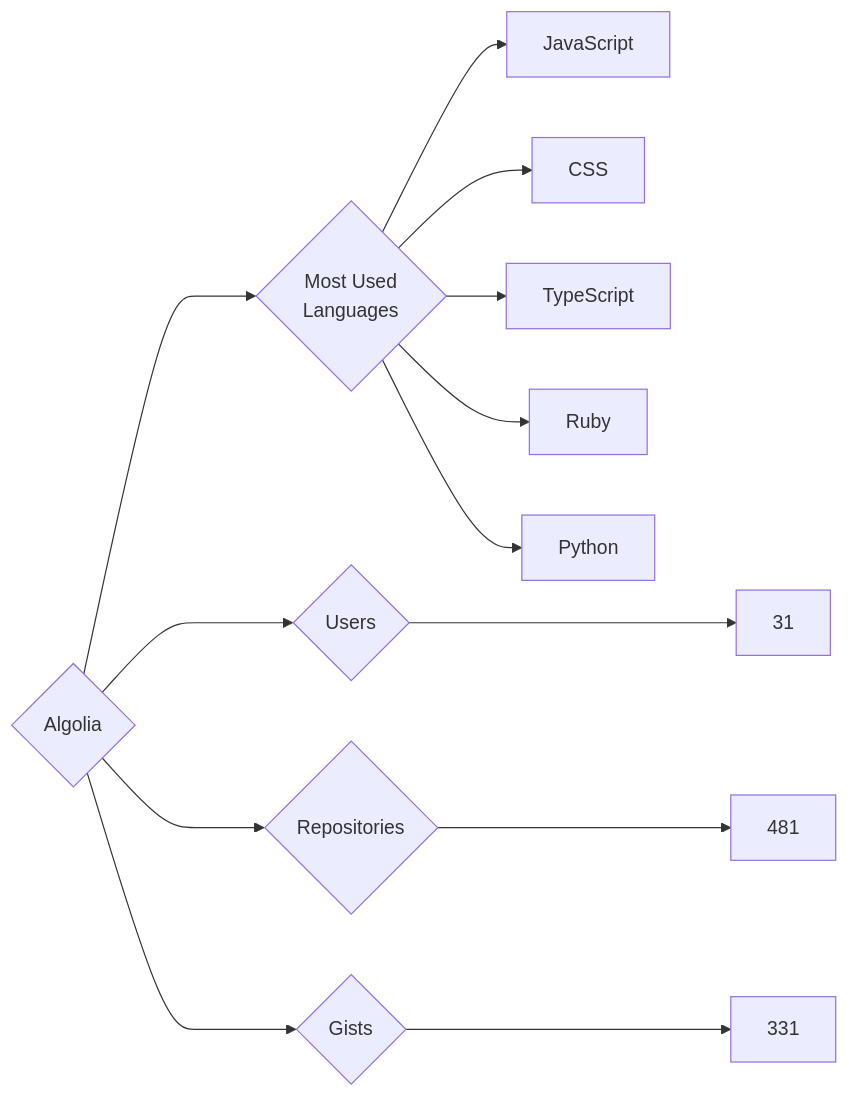
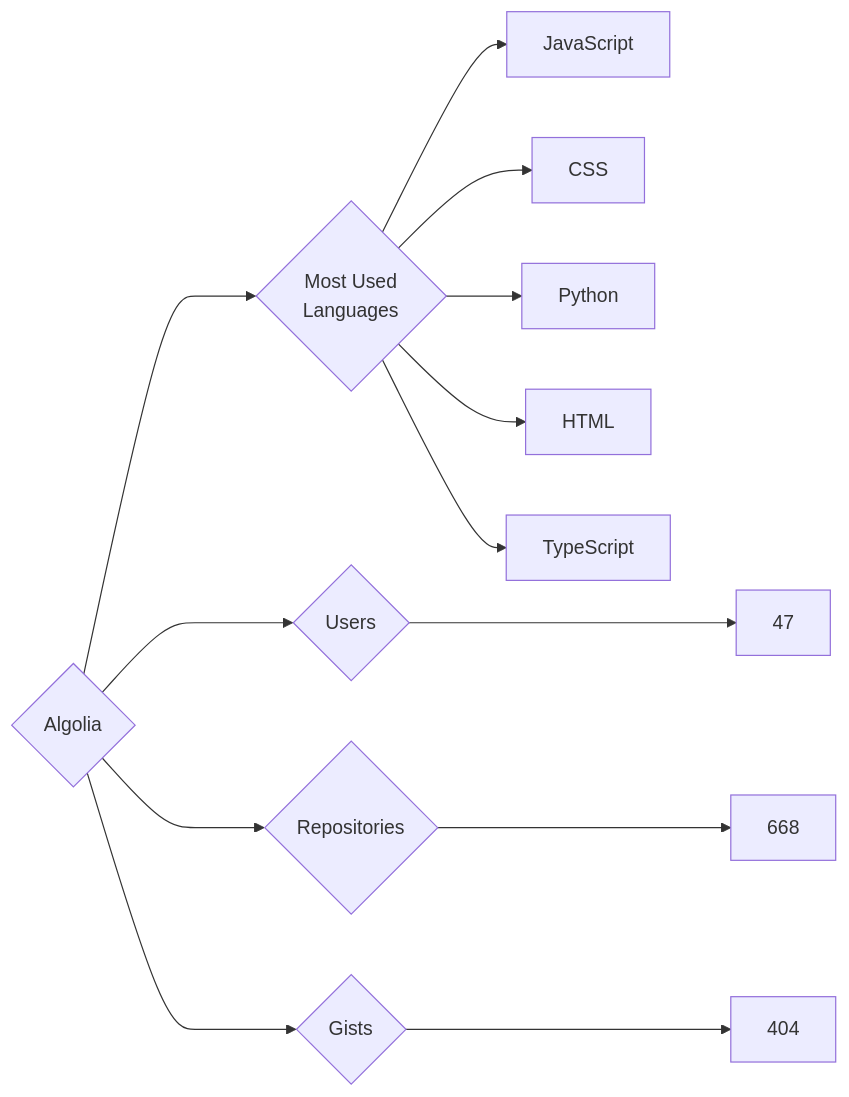
One commit to trickest/insiders changed the diagram in targets/Algolia/README.md. Above: the diagram before and after it, drawn with Mermaid. The commit also changed 682 other files, not shown here.

````diff
--- a/targets/Algolia/README.md
+++ b/targets/Algolia/README.md
@@ -3,13 +3,13 @@
 ```mermaid
 graph LR
 COMPANY_NAME{Algolia}
-COMPANY_NAME ---> U{Users} ---> UN[31]
-COMPANY_NAME ---> R{Repositories} ---> RN[481]
-COMPANY_NAME ---> G{Gists} ---> GN[331]
+COMPANY_NAME ---> U{Users} ---> UN[47]
+COMPANY_NAME ---> R{Repositories} ---> RN[668]
+COMPANY_NAME ---> G{Gists} ---> GN[404]
 COMPANY_NAME ---> ML{Most Used<br>Languages}
 ML --> JavaScript[JavaScript]
 ML --> CSS[CSS]
+ML --> Python[Python]
+ML --> HTML[HTML]
 ML --> TypeScript[TypeScript]
-ML --> Ruby[Ruby]
-ML --> Python[Python]
 ```
````
